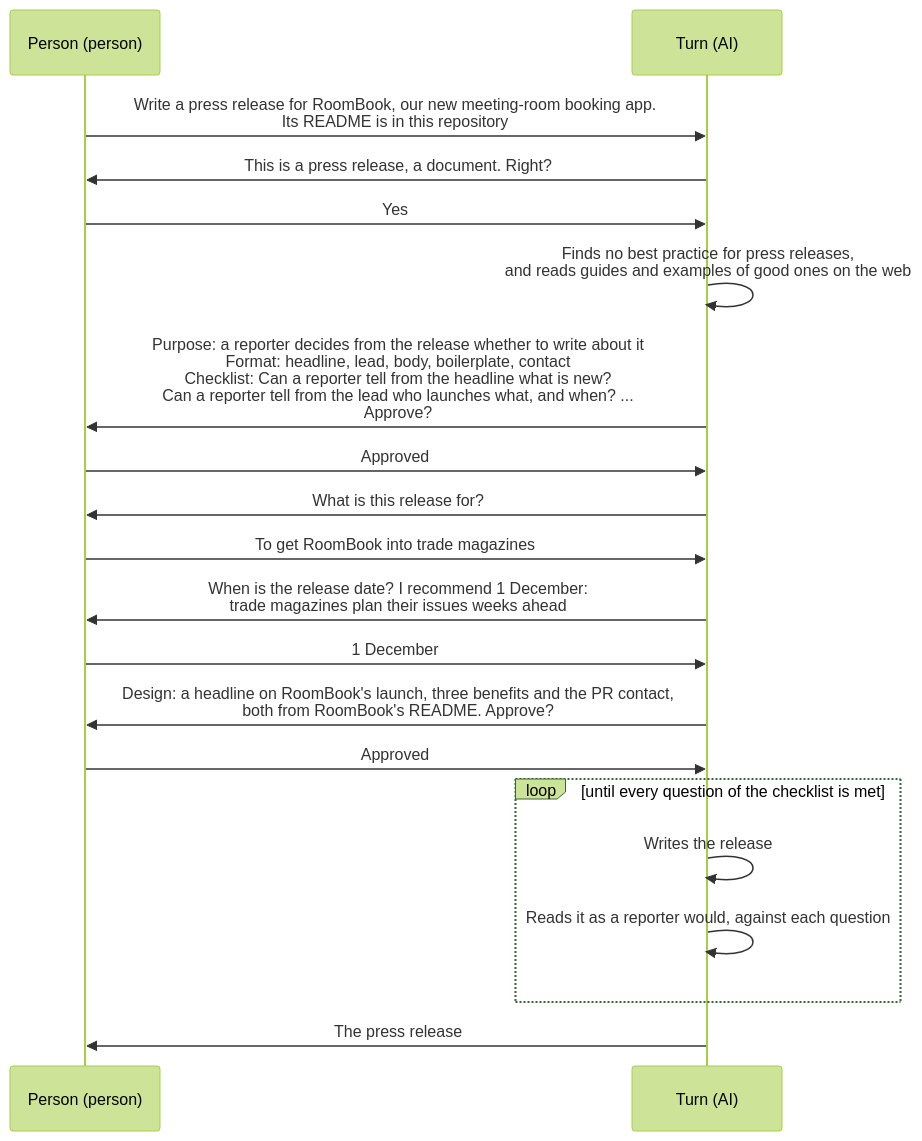
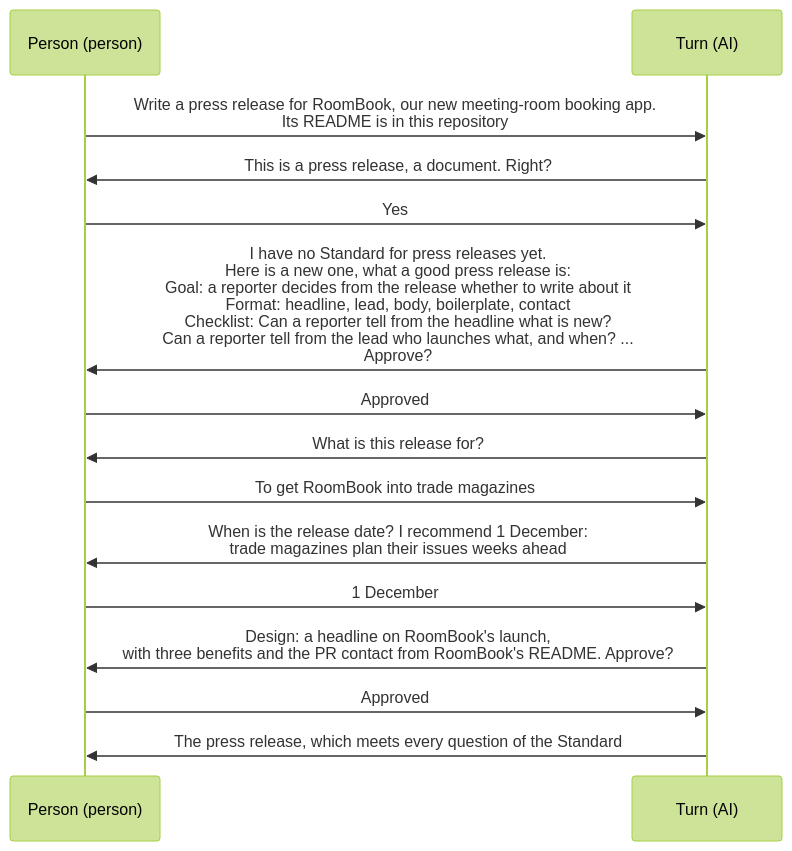
Before and after one commit to lovaizu/ccpm: the diagram in dev/turn/ux.md, drawn with Mermaid (forest theme). The commit also changed other lines of this file and 2 other files, not shown here.

Commit message:
turn's documents read again against the revised best practices: the scenario shows only what the person sees and answers, the walkthrough and user stories follow it, and the web requirement says Turn asks where it cannot reach the web
Claude-Session: https://claude.ai/code/session_0172CgKennAdVHkjNSG17oRu

````diff
--- a/dev/turn/ux.md
+++ b/dev/turn/ux.md
@@ -20,22 +22,17 @@
 ```mermaid
 sequenceDiagram
   participant P as Person (person)
   participant T as Turn (AI)
   P->>T: Write a press release for RoomBook, our new meeting-room booking app.<br/>Its README is in this repository
   T->>P: This is a press release, a document. Right?
   P->>T: Yes
-  T->>T: Finds no best practice for press releases,<br/>and reads guides and examples of good ones on the web
-  T->>P: Purpose: a reporter decides from the release whether to write about it<br/>Format: headline, lead, body, boilerplate, contact<br/>Checklist: Can a reporter tell from the headline what is new?<br/>Can a reporter tell from the lead who launches what, and when? ...<br/>Approve?
+  T->>P: I have no Standard for press releases yet.<br/>Here is a new one, what a good press release is:<br/>Goal: a reporter decides from the release whether to write about it<br/>Format: headline, lead, body, boilerplate, contact<br/>Checklist: Can a reporter tell from the headline what is new?<br/>Can a reporter tell from the lead who launches what, and when? ...<br/>Approve?
   P->>T: Approved
   T->>P: What is this release for?
   P->>T: To get RoomBook into trade magazines
   T->>P: When is the release date? I recommend 1 December:<br/>trade magazines plan their issues weeks ahead
   P->>T: 1 December
-  T->>P: Design: a headline on RoomBook's launch, three benefits and the PR contact,<br/>both from RoomBook's README. Approve?
+  T->>P: Design: a headline on RoomBook's launch,<br/>with three benefits and the PR contact from RoomBook's README. Approve?
   P->>T: Approved
-  loop until every question of the checklist is met
-    T->>T: Writes the release
-    T->>T: Reads it as a reporter would, against each question
-  end
-  T->>P: The press release
+  T->>P: The press release, which meets every question of the Standard
 ```
````
